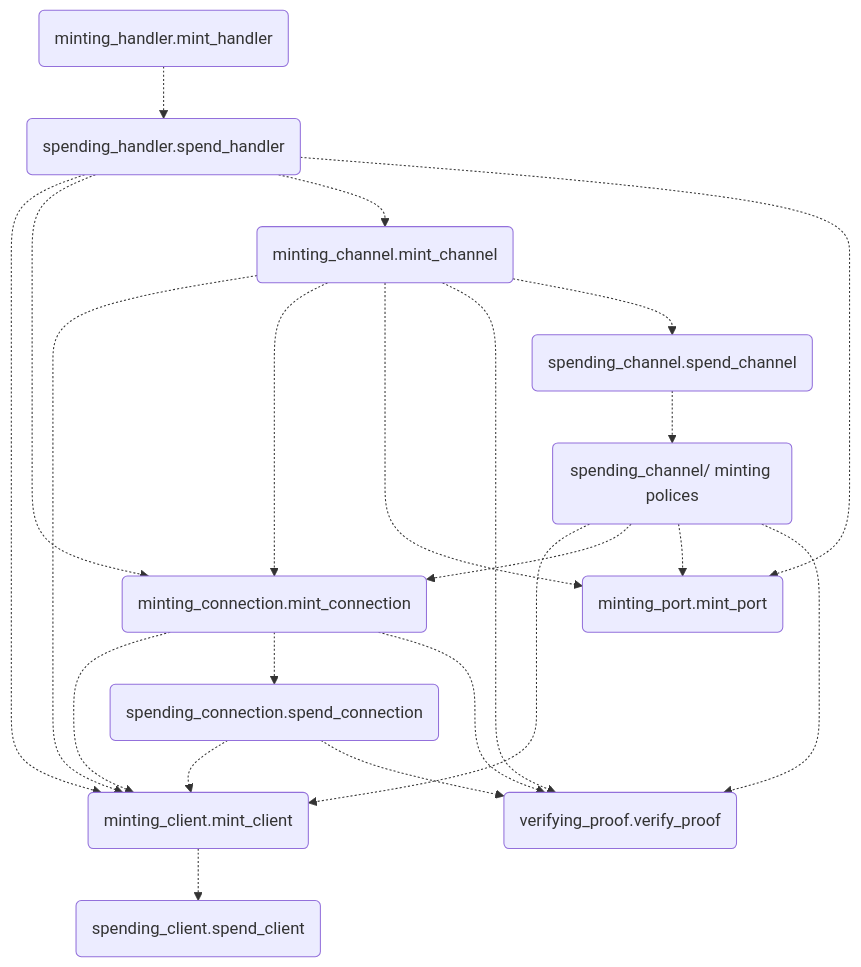
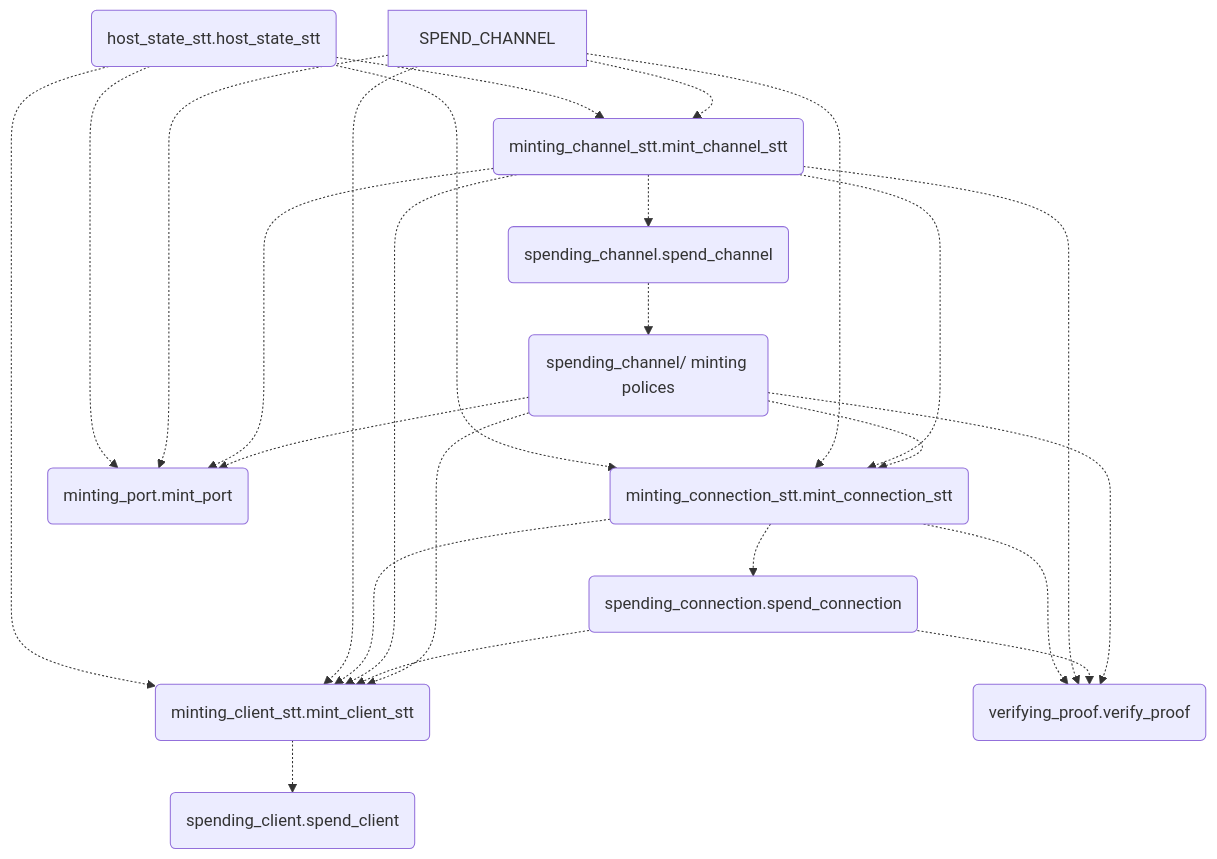
One commit to cardano-foundation/cardano-ibc-incubator changed the diagram in cardano/docs/validator_scripts.md. Above: the diagram before and after it, drawn with Mermaid. The commit also changed other lines of this file and 76 other files, not shown here.

````diff
--- a/cardano/docs/validator_scripts.md
+++ b/cardano/docs/validator_scripts.md
@@ -44,31 +44,34 @@
 ```mermaid
 graph TD;
-    MINT_CHANNEL(minting_handler.mint_handler)-.->SPEND_CHANNEL(spending_handler.spend_handler);
+    HOST_STATE(host_state_stt.host_state_stt)-.->MINT_CLIENT(minting_client_stt.mint_client_stt);
+    HOST_STATE-.->MINT_CONN(minting_connection_stt.mint_connection_stt);
+    HOST_STATE-.->MINT_CHAN(minting_channel_stt.mint_channel_stt);
+    HOST_STATE-.->MINT_PORT(minting_port.mint_port);
 
-    SPEND_CHANNEL-.->MINT_CLIENT(minting_client.mint_client);
-    SPEND_CHANNEL-.->MINT_CONN(minting_connection.mint_connection);
-    SPEND_CHANNEL-.->MINT_CHAN(minting_channel.mint_channel);
+    SPEND_CHANNEL-.->MINT_CLIENT;
+    SPEND_CHANNEL-.->MINT_CONN;
+    SPEND_CHANNEL-.->MINT_CHAN;
     SPEND_CHANNEL-.->MINT_PORT(minting_port.mint_port);
 
     MINT_CLIENT-.->SPEND_CLIENT(spending_client.spend_client);
 
     MINT_CONN-.->MINT_CLIENT;
     MINT_CONN-.->SPEND_CONN(spending_connection.spend_connection);
     MINT_CONN-.->VERIFY_PROOF(verifying_proof.verify_proof);
 
     MINT_CHAN-.->MINT_CLIENT;
     MINT_CHAN-.->MINT_CONN;
     MINT_CHAN-.->MINT_PORT;
     MINT_CHAN-.->VERIFY_PROOF;
     MINT_CHAN-.->SPEND_CHAN(spending_channel.spend_channel);
 
     SPEND_CONN-.->MINT_CLIENT;
     SPEND_CONN-.->VERIFY_PROOF;
 
     SPEND_CHAN-.->SPEND_CHAN_MINTING_POLICIES(spending_channel/ minting polices);
 
     SPEND_CHAN_MINTING_POLICIES-.->MINT_CLIENT;
     SPEND_CHAN_MINTING_POLICIES-.->MINT_CONN;
     SPEND_CHAN_MINTING_POLICIES-.->MINT_PORT;
     SPEND_CHAN_MINTING_POLICIES-.->VERIFY_PROOF;
 ```
````
